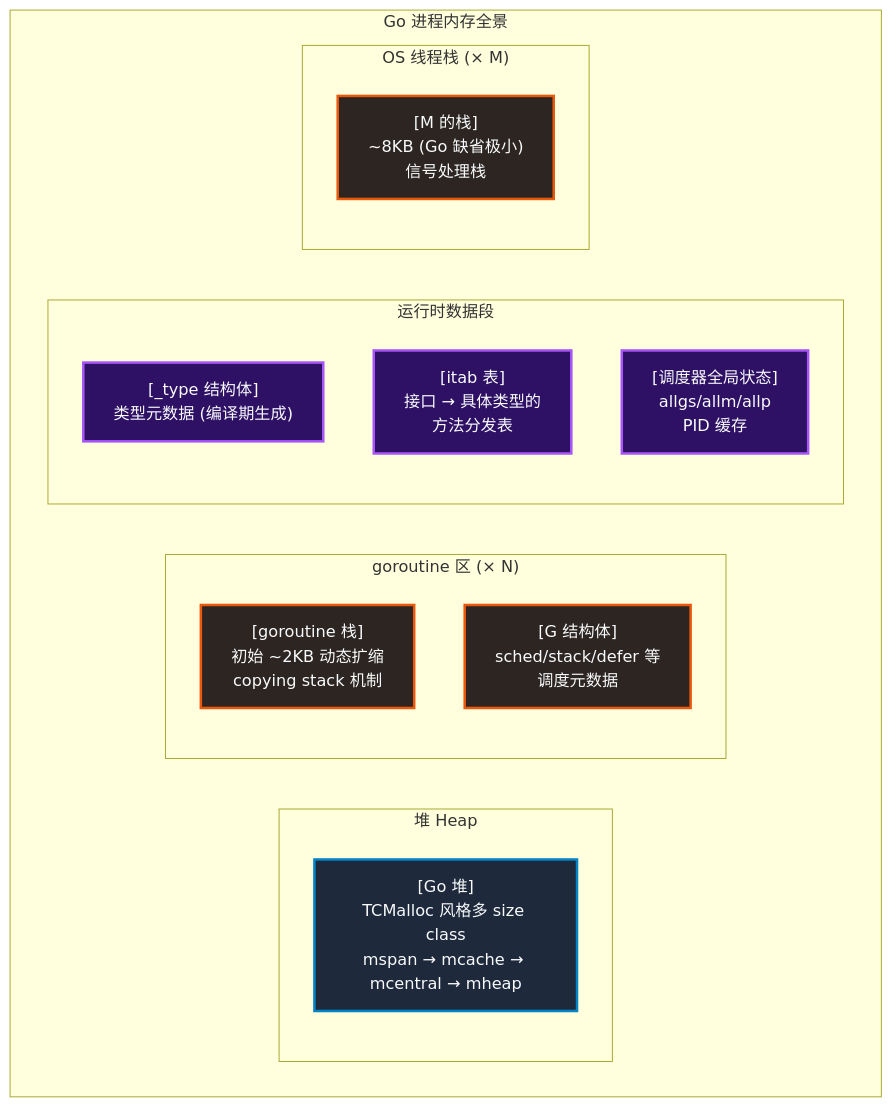
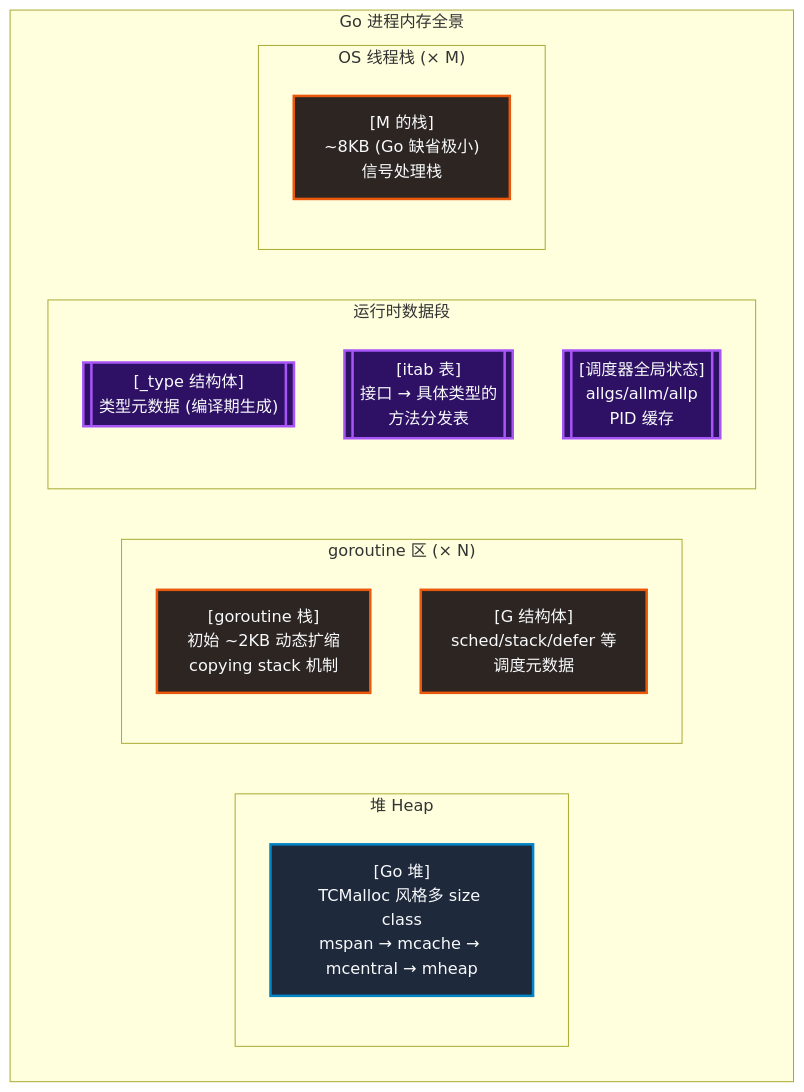
Before and after one commit to yaocat55/yaocat55.github.io: the second of 8 diagrams in content/posts/go/GoRuntimeJVM.md, drawn with Mermaid. The commit also changed other lines of this file and 14 other files, not shown here.

````diff
--- a/content/posts/go/GoRuntimeJVM.md
+++ b/content/posts/go/GoRuntimeJVM.md
@@ -79,29 +79,29 @@
 ```mermaid
 flowchart TD
     subgraph GO["Go 进程内存全景"]
         subgraph HEAP_AREA["堆 Heap"]
             GOHEAP["[Go 堆]\nTCMalloc 风格多 size class\nmspan → mcache → mcentral → mheap"]
         end
         subgraph GOROUTINE["goroutine 区 (× N)"]
             GSTACK["[goroutine 栈]\n初始 ~2KB 动态扩缩\ncopying stack 机制"]
             GSTRUCT["[G 结构体]\nsched/stack/defer 等\n调度元数据"]
         end
         subgraph RUNTIME["运行时数据段"]
-            TYPEINFO["[_type 结构体]\n类型元数据 (编译期生成)"]
-            ITAB["[itab 表]\n接口 → 具体类型的\n方法分发表"]
-            SCHED["[调度器全局状态]\nallgs/allm/allp\nPID 缓存"]
+            TYPEINFO[["[_type 结构体]\n类型元数据 (编译期生成)"]]
+            ITAB[["[itab 表]\n接口 → 具体类型的\n方法分发表"]]
+            SCHED[["[调度器全局状态]\nallgs/allm/allp\nPID 缓存"]]
         end
         subgraph OSSTACK["OS 线程栈 (× M)"]
             MSTACK["[M 的栈]\n~8KB (Go 缺省极小)\n信号处理栈"]
         end
     end
 
 classDef sharedArea fill:#1e293b,stroke:#0284c7,stroke-width:2.5px,color:#f8fafc;
 classDef privateArea fill:#2d2522,stroke:#ea580c,stroke-width:2.5px,color:#f8fafc;
 classDef coreEngine fill:#2e1065,stroke:#a855f7,stroke-width:2.5px,color:#f8fafc;
 classDef normalProcess fill:#1e1b4b,stroke:#4f46e5,stroke-width:2px,color:#e0e7ff;
 
 class GOHEAP sharedArea;
 class SCHED,TYPEINFO,ITAB coreEngine;
 class GSTACK,GSTRUCT,MSTACK privateArea;
 ```
````
